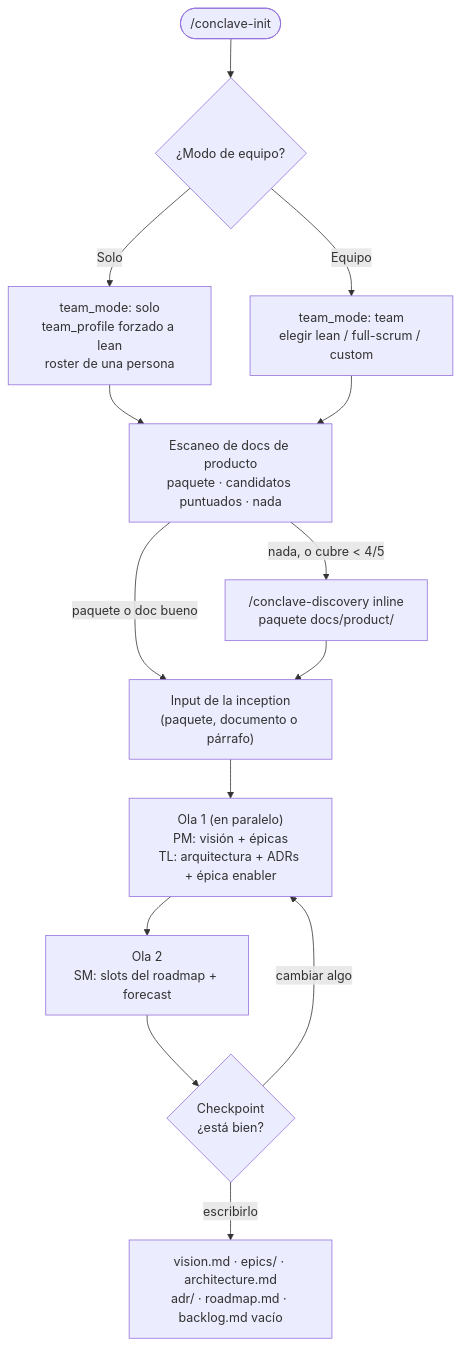
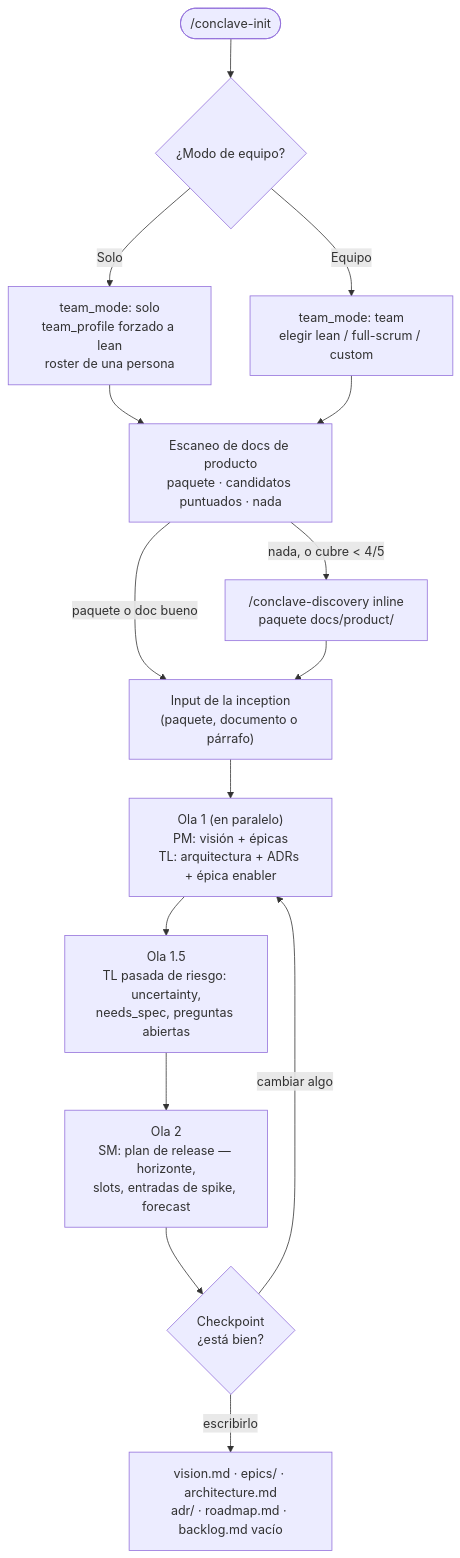
The second of 6 diagrams in site/content/es/workflow.mdx (giolabs/conclave), drawn with Mermaid before and after one commit. The commit also changed other lines of this file and 41 other files, not shown here.

First line of the commit message:
docs(site): v2.1.0 spikes, SPEC and release horizon pages (EN/ES)

````diff
--- a/site/content/es/workflow.mdx
+++ b/site/content/es/workflow.mdx
@@ -27,19 +31,20 @@
 ```mermaid
 flowchart TD
     Start(["/conclave-init"]) --> Q{"¿Modo de equipo?"}
 
     Q -->|Solo| SoloBranch["team_mode: solo<br/>team_profile forzado a lean<br/>roster de una persona"]
     Q -->|Equipo| TeamBranch["team_mode: team<br/>elegir lean / full-scrum / custom"]
 
     SoloBranch --> Scan["Escaneo de docs de producto<br/>paquete · candidatos puntuados · nada"]
     TeamBranch --> Scan
     Scan -->|nada, o cubre < 4/5| Disc["/conclave-discovery inline<br/>paquete docs/product/"]
     Scan -->|paquete o doc bueno| Idea["Input de la inception<br/>(paquete, documento o párrafo)"]
     Disc --> Idea
 
     Idea --> Wave1["Ola 1 (en paralelo)<br/>PM: visión + épicas<br/>TL: arquitectura + ADRs + épica enabler"]
-    Wave1 --> Wave2["Ola 2<br/>SM: slots del roadmap + forecast"]
+    Wave1 --> Risk["Ola 1.5<br/>TL pasada de riesgo: uncertainty,<br/>needs_spec, preguntas abiertas"]
+    Risk --> Wave2["Ola 2<br/>SM: plan de release — horizonte,<br/>slots, entradas de spike, forecast"]
     Wave2 --> Check{"Checkpoint<br/>¿está bien?"}
     Check -->|cambiar algo| Wave1
     Check -->|escribirlo| Artifacts["vision.md · epics/ · architecture.md<br/>adr/ · roadmap.md · backlog.md vacío"]
 ```
````
